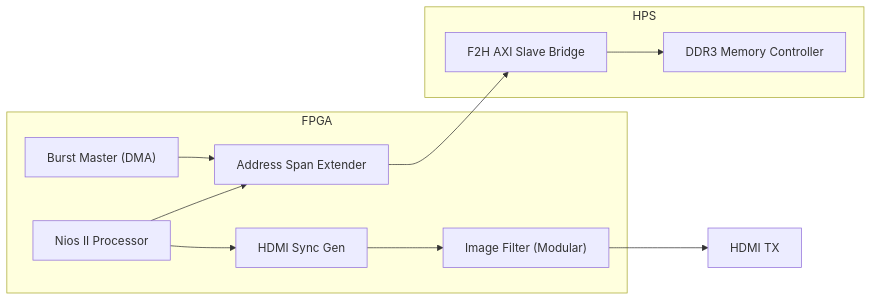
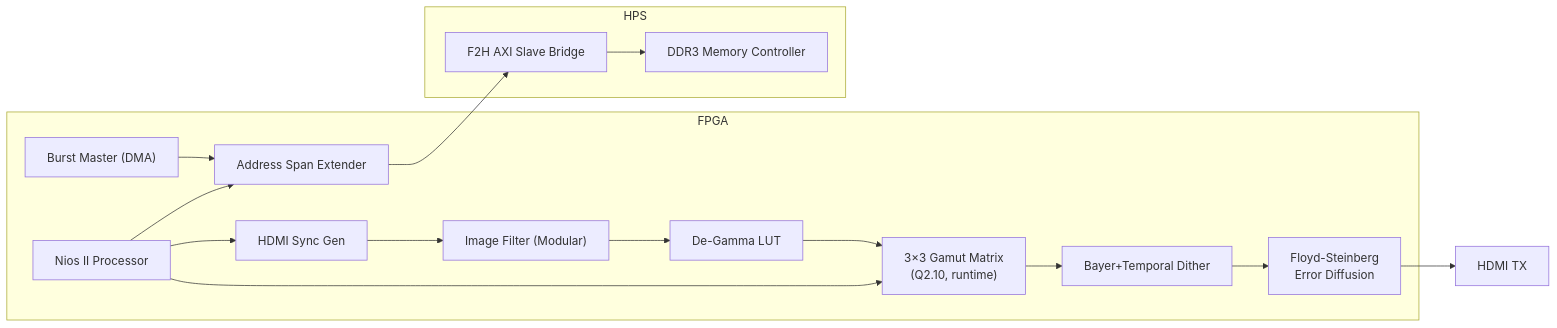
The diagram in README.md (bccha/video_processing), drawn with Mermaid before and after one commit. The commit also changed other lines of this file and 17 other files, not shown here.

````diff
--- a/README.md
+++ b/README.md
@@ -20,23 +21,27 @@
 ```mermaid
 graph LR
     subgraph FPGA
         Nios["Nios II Processor"]
         BM["Burst Master (DMA)"]
         ASE["Address Span Extender"]
         HCP["HDMI Sync Gen"]
         FLT["Image Filter (Modular)"]
+        DG["De-Gamma LUT"]
+        CM["3×3 Gamut Matrix\n(Q2.10, runtime)"] 
+        DTH["Bayer+Temporal Dither"]
+        ERR["Floyd-Steinberg\nError Diffusion"]
     end
 
     subgraph HPS
         AXI["F2H AXI Slave Bridge"]
         DDR["DDR3 Memory Controller"]
     end
 
     Nios --> ASE
     Nios --> HCP
+    Nios --> CM
     BM --> ASE
     ASE --> AXI
     AXI --> DDR
-    HCP --> FLT
-    FLT --> Output[HDMI TX]
+    HCP --> FLT --> DG --> CM --> DTH --> ERR --> Output[HDMI TX]
 ```
````
